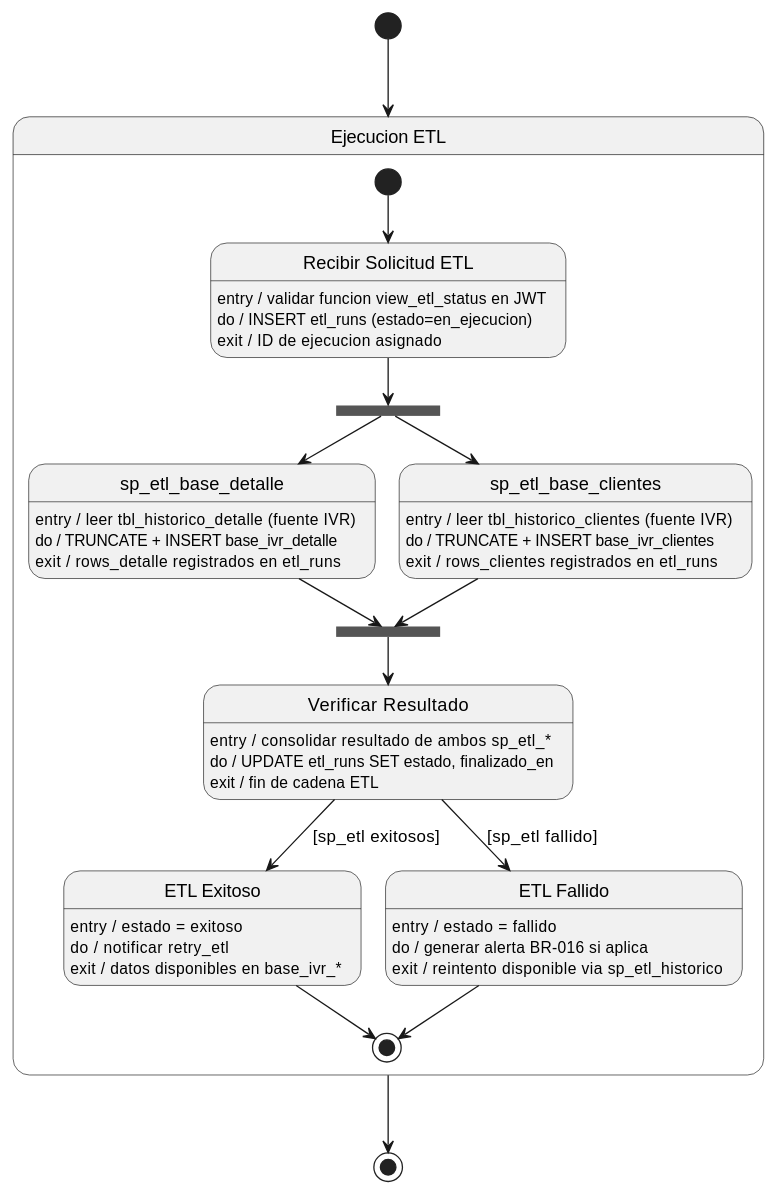
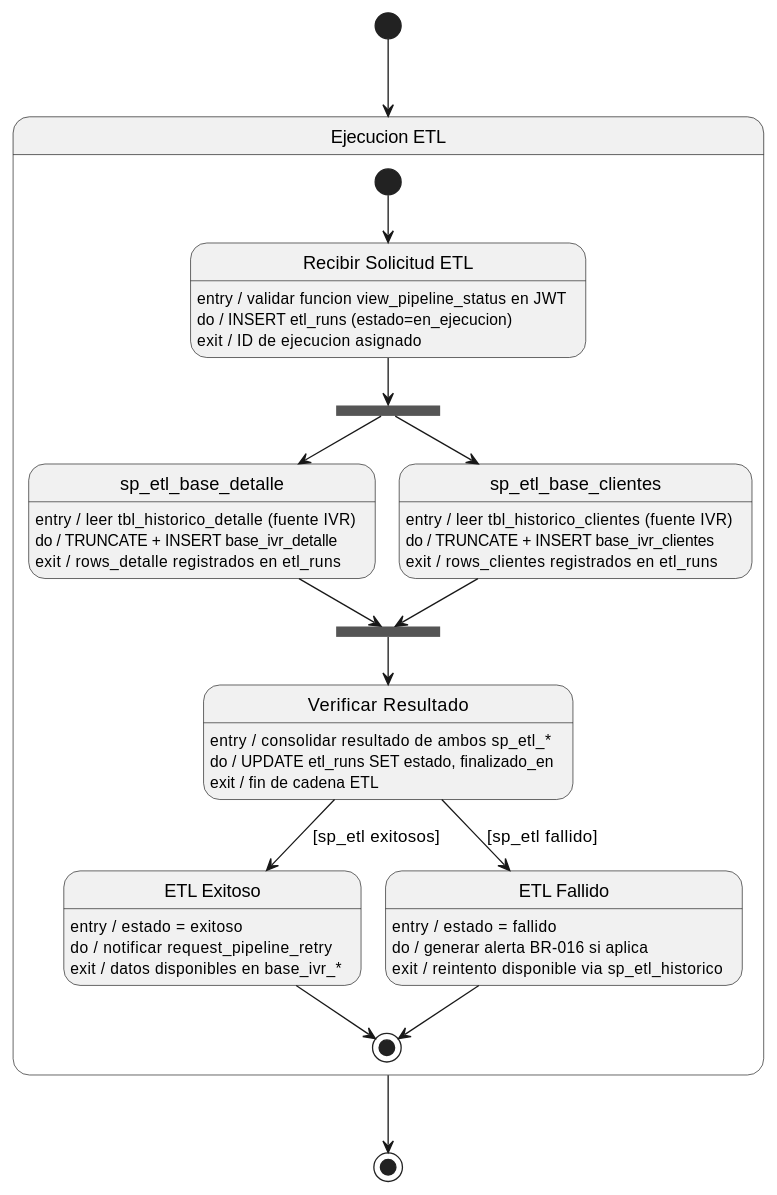
Before and after one commit to jcg-admin/IACT-docs: the tenth of 12 diagrams in source/arquitectura-tecnica/diagramas-uml-sistema.rst, drawn with PlantUML. The commit also changed other lines of this file and 157 other files, not shown here.

First line of the commit message:
Enforce catalog function names across all diagrams

```diff
--- a/source/arquitectura-tecnica/diagramas-uml-sistema.rst
+++ b/source/arquitectura-tecnica/diagramas-uml-sistema.rst
@@ -832,58 +832,58 @@
 .. uml::
  :caption: Figura 13 — Sub-maquina de estados: Ejecucion ETL
 
  @startuml
 
  state "Ejecucion ETL" as ETL_EXEC {
 
    state "Recibir Solicitud ETL" as S1
-   S1 : entry / validar funcion view_etl_status en JWT
+   S1 : entry / validar funcion view_pipeline_status en JWT
    S1 : do / INSERT etl_runs (estado=en_ejecucion)
    S1 : exit / ID de ejecucion asignado
 
    state fork_etl <<fork>>
 
    state "sp_etl_base_detalle" as S2A
    S2A : entry / leer tbl_historico_detalle (fuente IVR)
    S2A : do / TRUNCATE + INSERT base_ivr_detalle
    S2A : exit / rows_detalle registrados en etl_runs
 
    state "sp_etl_base_clientes" as S2B
    S2B : entry / leer tbl_historico_clientes (fuente IVR)
    S2B : do / TRUNCATE + INSERT base_ivr_clientes
    S2B : exit / rows_clientes registrados en etl_runs
 
    state join_etl <<join>>
 
    state "Verificar Resultado" as S3
    S3 : entry / consolidar resultado de ambos sp_etl_*
    S3 : do / UPDATE etl_runs SET estado, finalizado_en
    S3 : exit / fin de cadena ETL
 
    state "ETL Exitoso" as SUCC
    SUCC : entry / estado = exitoso
-   SUCC : do / notificar retry_etl
+   SUCC : do / notificar request_pipeline_retry
    SUCC : exit / datos disponibles en base_ivr_*
 
    state "ETL Fallido" as FAIL
    FAIL : entry / estado = fallido
    FAIL : do / generar alerta BR-016 si aplica
    FAIL : exit / reintento disponible via sp_etl_historico
 
    [*] --> S1
    S1 --> fork_etl
    fork_etl --> S2A
    fork_etl --> S2B
    S2A --> join_etl
    S2B --> join_etl
    join_etl --> S3
    S3 --> SUCC : [sp_etl exitosos]
    S3 --> FAIL : [sp_etl fallido]
    SUCC --> [*]
    FAIL --> [*]
  }
 
  [*] --> ETL_EXEC
  ETL_EXEC --> [*]
 
  @enduml
```
